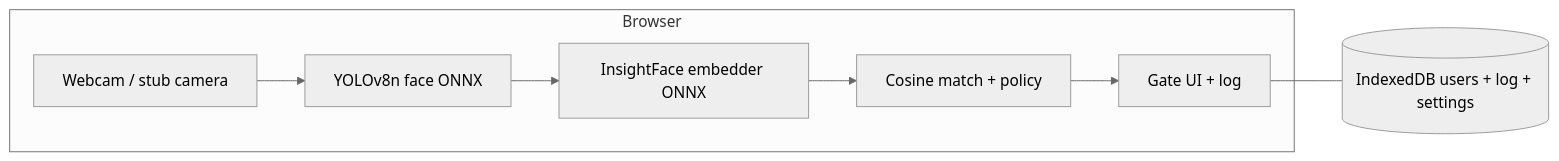
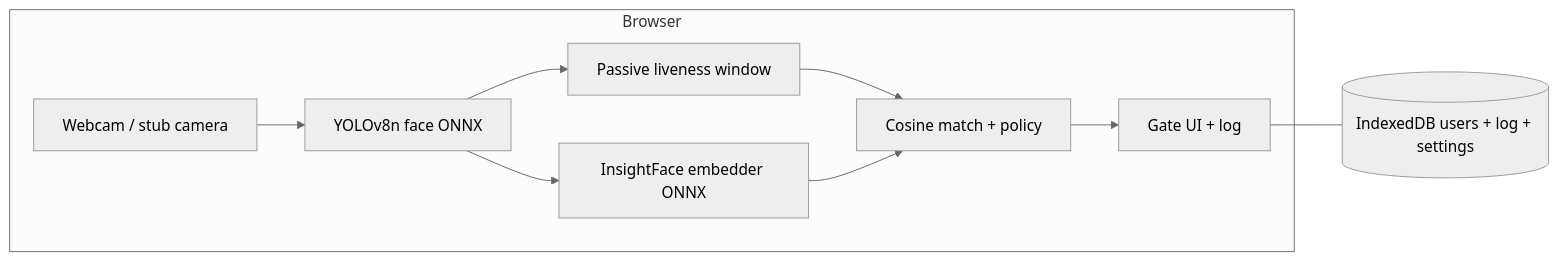
Before and after one commit to MichaelHabermas/let-me-in: the diagram in docs/ARCHITECTURE.md, drawn with Mermaid (neutral theme). The commit also changed other lines of this file and 36 other files, not shown here.

First line of the commit message:
feat(liveness): implement passive liveness detection and spoof-risk handling

````diff
--- a/docs/ARCHITECTURE.md
+++ b/docs/ARCHITECTURE.md
@@ -5,15 +5,18 @@
 ```mermaid
 flowchart LR
   subgraph client [Browser]
     Cam[Webcam / stub camera]
     Det[YOLOv8n face ONNX]
     Emb[InsightFace embedder ONNX]
+    Live[Passive liveness window]
     Match[Cosine match + policy]
     UI[Gate UI + log]
   end
   Cam --> Det
+  Det --> Live
   Det --> Emb
+  Live --> Match
   Emb --> Match
   Match --> UI
   UI --- IDB[(IndexedDB users + log + settings)]
 ```
````
